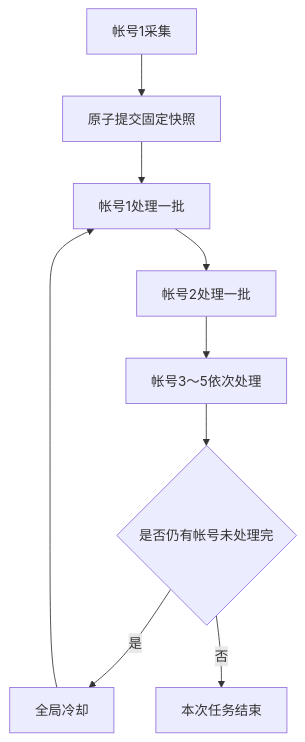
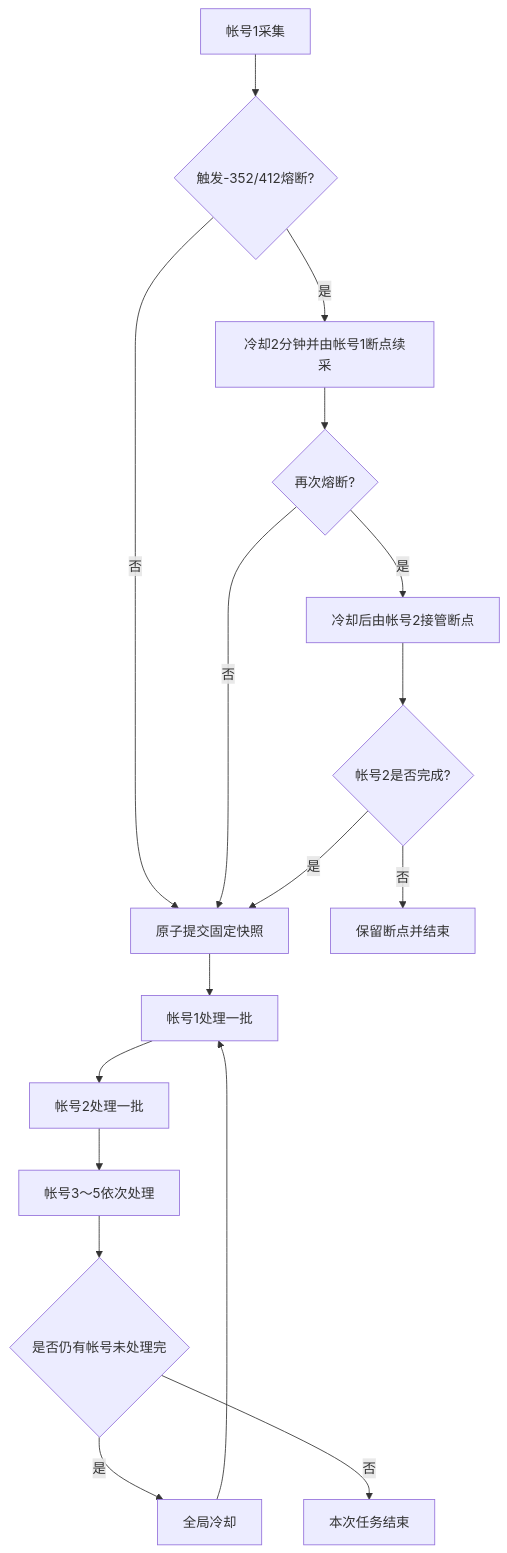
Before and after one commit to ErEiSS-start/LotteryAutoScript: the diagram in README.md, drawn with Mermaid. The commit also changed other lines of this file and 9 other files, not shown here.

````diff
--- a/README.md
+++ b/README.md
@@ -54,11 +54,19 @@
 ```mermaid
 flowchart TD
-    A[帐号1采集] --> B[原子提交固定快照]
+    A[帐号1采集] --> R{触发-352/412熔断?}
+    R -- 否 --> B[原子提交固定快照]
+    R -- 是 --> W[冷却2分钟并由帐号1断点续采]
+    W --> S{再次熔断?}
+    S -- 否 --> B
+    S -- 是 --> T[冷却后由帐号2接管断点]
+    T --> U{帐号2是否完成?}
+    U -- 是 --> B
+    U -- 否 --> X[保留断点并结束]
     B --> C[帐号1处理一批]
     C --> D[帐号2处理一批]
     D --> E[帐号3～5依次处理]
     E --> F{是否仍有帐号未处理完}
     F -- 是 --> G[全局冷却]
     G --> C
     F -- 否 --> H[本次任务结束]
 ```
````
